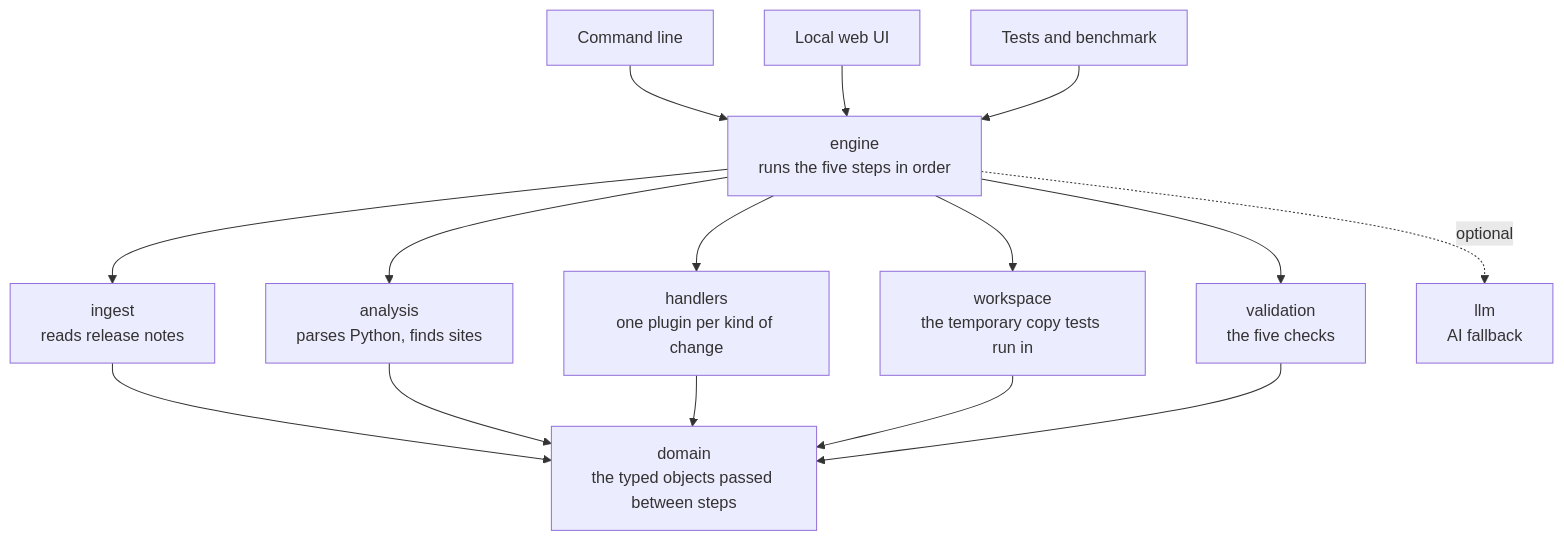
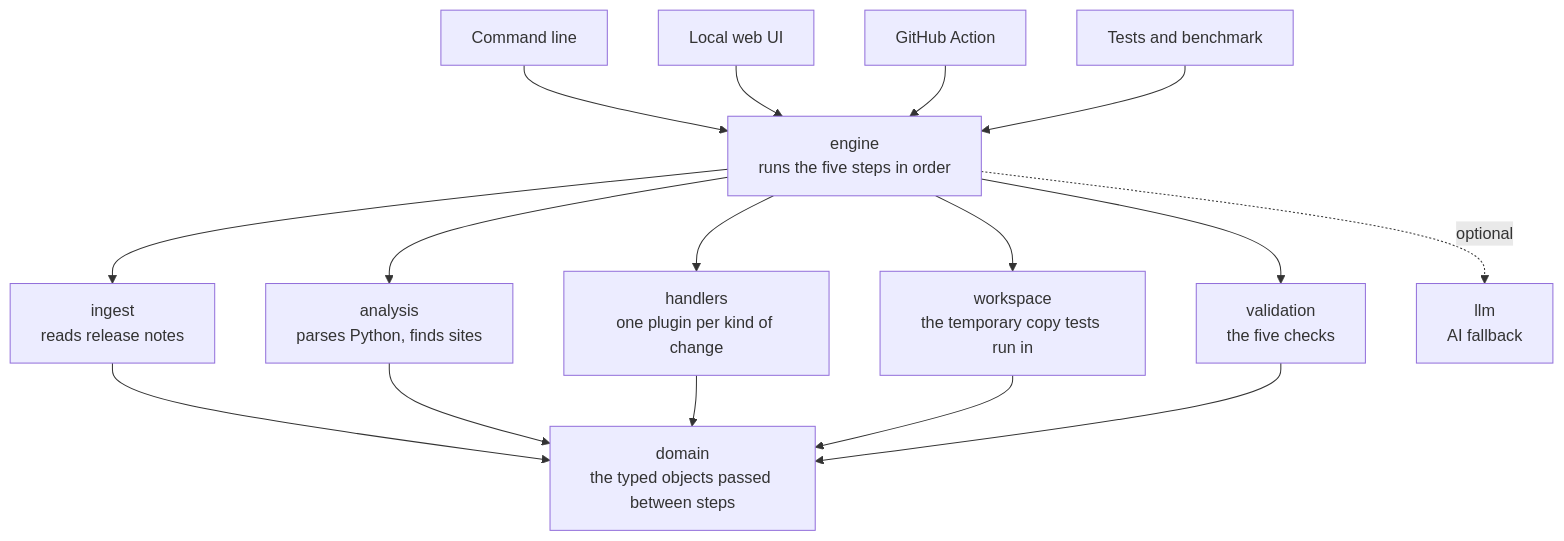
One commit to FrimpsManu/patchahead changed the second of 2 diagrams in README.md. Above: the diagram before and after it, drawn with Mermaid. The commit also changed other lines of this file and 15 other files, not shown here.

````diff
--- a/README.md
+++ b/README.md
@@ -176,21 +208,22 @@
 ```mermaid
 flowchart TB
     cli["Command line"] --> engine
     web["Local web UI"] --> engine
+    action["GitHub Action"] --> engine
     bench["Tests and benchmark"] --> engine
     engine["engine<br/>runs the five steps in order"]
 
     engine --> ingest["ingest<br/>reads release notes"]
     engine --> analysis["analysis<br/>parses Python, finds sites"]
     engine --> handlers["handlers<br/>one plugin per kind of change"]
     engine --> workspace["workspace<br/>the temporary copy tests run in"]
     engine --> validation["validation<br/>the five checks"]
     engine -. optional .-> llm["llm<br/>AI fallback"]
 
     ingest --> domain
     analysis --> domain
     handlers --> domain
     workspace --> domain
     validation --> domain
     domain["domain<br/>the typed objects passed between steps"]
 ```
````
